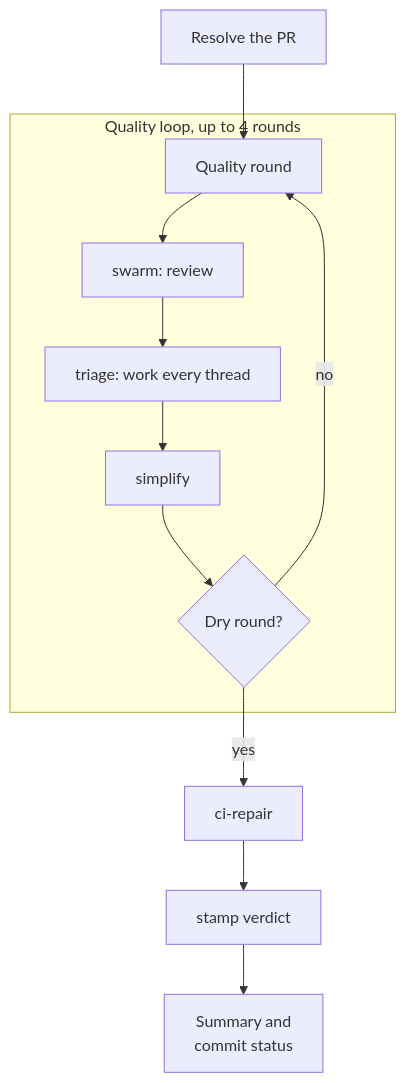
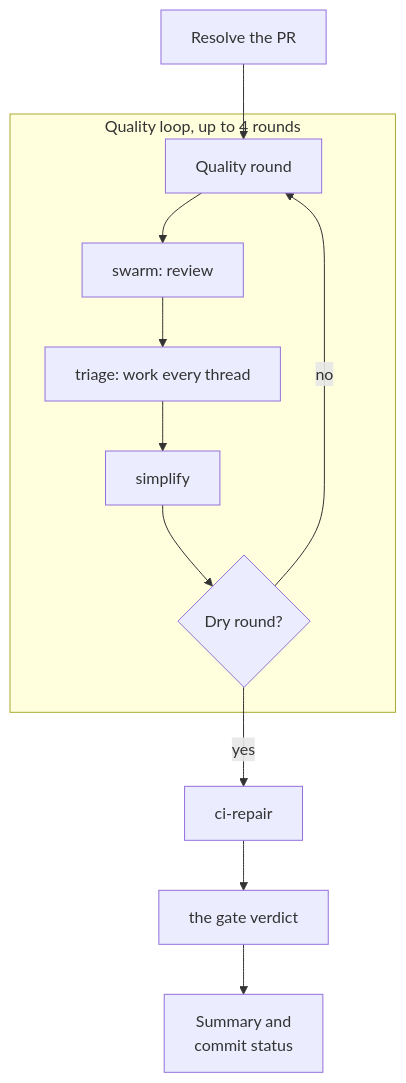
Before and after one commit to jagreehal/shepherd: the first of 3 diagrams in docs/src/content/docs/concepts/review-loop.md, drawn with Mermaid. The commit also changed other lines of this file and 160 other files, not shown here.

````diff
--- a/docs/src/content/docs/concepts/review-loop.md
+++ b/docs/src/content/docs/concepts/review-loop.md
@@ -7,14 +7,14 @@
 ```mermaid
 flowchart TD
     S[Resolve the PR] --> Q[Quality round]
     subgraph Round["Quality loop, up to 4 rounds"]
         Q --> SW[swarm: review]
         SW --> TR[triage: work every thread]
         TR --> SI[simplify]
         SI --> DRY{Dry round?}
         DRY -- no --> Q
     end
     DRY -- yes --> CI[ci-repair]
-    CI --> V[stamp verdict]
+    CI --> V[the gate verdict]
     V --> SUM[Summary and<br/>commit status]
 ```
````
